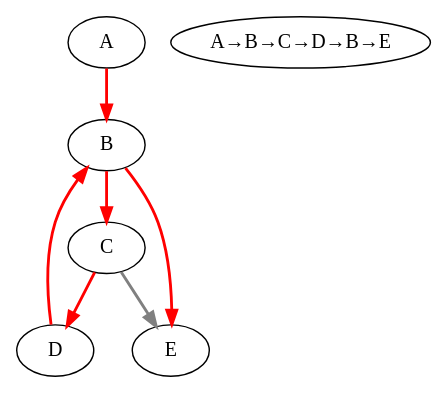
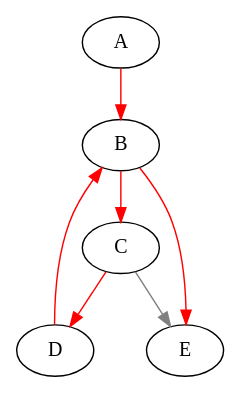
The diagram in q2_23_trilha.dot (davigledson/graph_studies), drawn with Graphviz before and after one commit. The commit also changed 144 other files, not shown here.

```diff
--- a/q2_23_trilha.dot
+++ b/q2_23_trilha.dot
@@ -1,16 +1,11 @@
 digraph TrilhaDirecionada {
-
-    edge [penwidth=2];
 
     // Trilha destacada
     A -> B [color=red];
     B -> C [color=red];
     C -> D [color=red];
     D -> B [color=red];
     B -> E [color=red];
-    A→B→C→D→B→E
-    
-    // Aresta extra não utilizada
-   
+
     C -> E [color=gray];
 }
```
